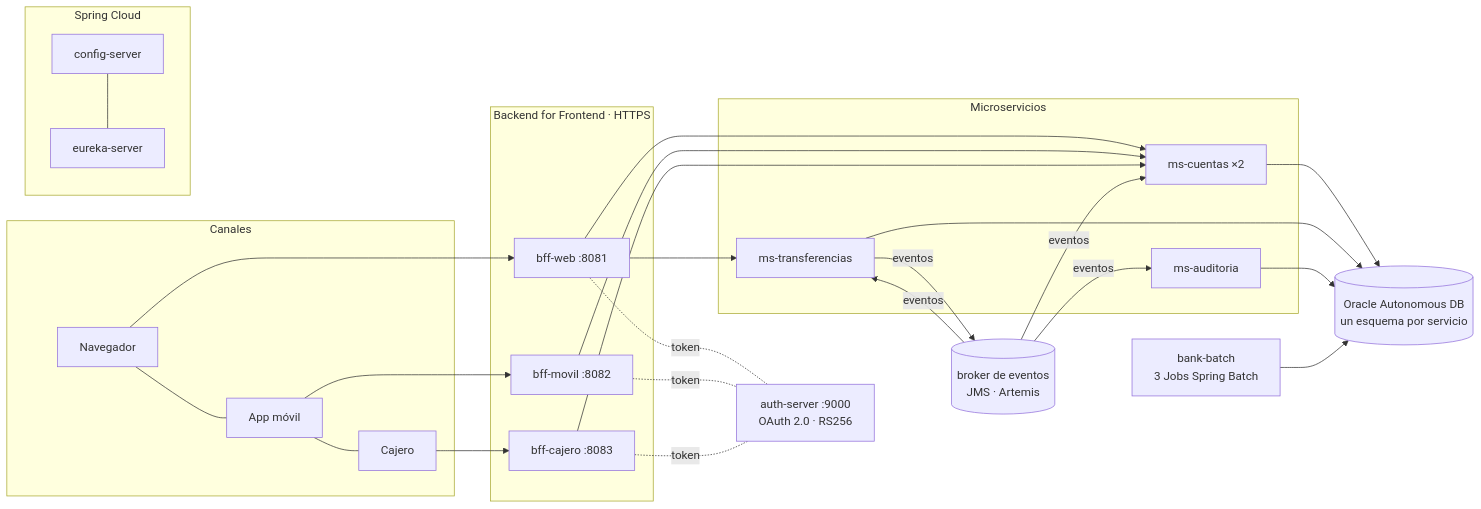
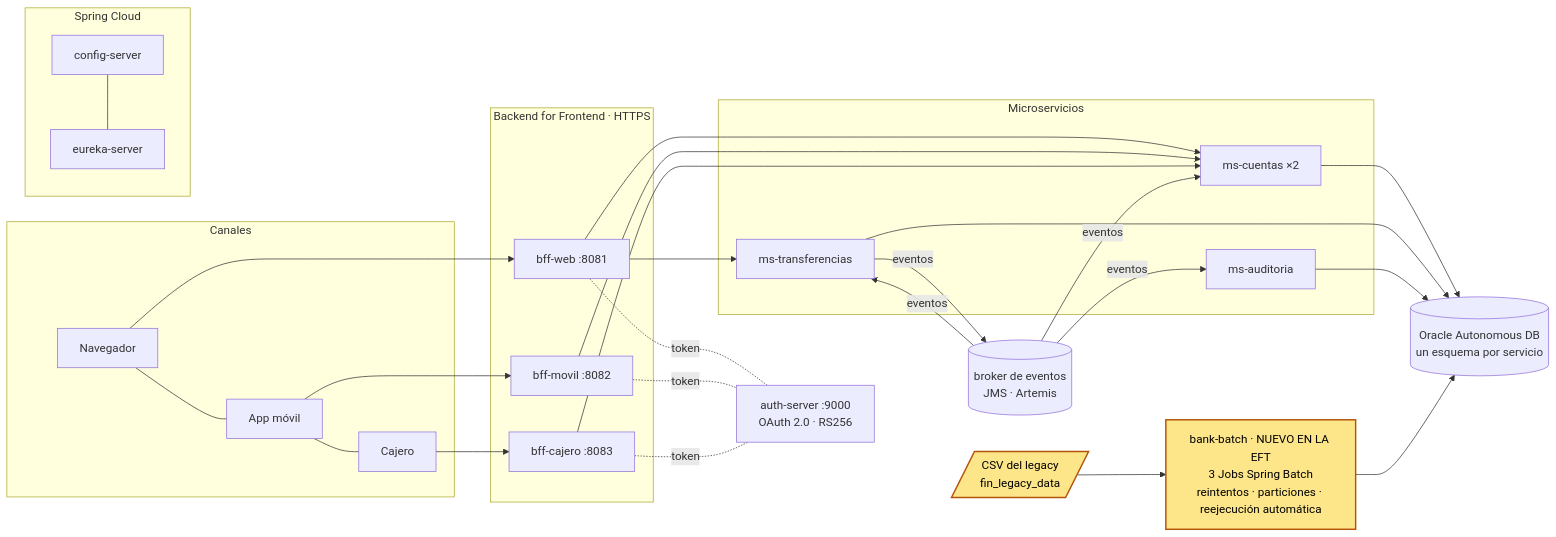
The diagram in readme.md (FcoXavierParra/PBY2203_S9_EFT_FPARRA), drawn with Mermaid before and after one commit. The commit also changed other lines of this file, not shown here.

Commit message:
readme: destacar en el diagrama lo que agrega la Evaluacion Final

````diff
--- a/readme.md
+++ b/readme.md
@@ -31,34 +31,38 @@
 ```mermaid
 flowchart LR
     subgraph CANALES["Canales"]
         W[Navegador] --- M[App móvil] --- C[Cajero]
     end
     subgraph BFF["Backend for Frontend · HTTPS"]
         BW[bff-web :8081]
         BM[bff-movil :8082]
         BC[bff-cajero :8083]
     end
     AUTH[auth-server :9000<br/>OAuth 2.0 · RS256]
     subgraph MS["Microservicios"]
         MC[ms-cuentas ×2]
         MT[ms-transferencias]
         MA[ms-auditoria]
     end
     BRK[(broker de eventos<br/>JMS · Artemis)]
     subgraph INFRA["Spring Cloud"]
         CFG[config-server] --- EUR[eureka-server]
     end
-    BATCH[bank-batch<br/>3 Jobs Spring Batch]
+    BATCH["bank-batch · NUEVO EN LA EFT<br/>3 Jobs Spring Batch<br/>reintentos · particiones · reejecución automática"]
+    LEGACY[/"CSV del legacy<br/>fin_legacy_data"/]
     DB[(Oracle Autonomous DB<br/>un esquema por servicio)]
     W --> BW
     M --> BM
     C --> BC
     BW & BM & BC -. token .- AUTH
     BW --> MC & MT
     BM --> MC
     BC --> MC
     MT -- eventos --> BRK
     BRK -- eventos --> MC & MA & MT
     MC & MT & MA --> DB
+    LEGACY --> BATCH
     BATCH --> DB
+    classDef nuevo fill:#fde68a,stroke:#b45309,stroke-width:2px,color:#000
+    class BATCH,LEGACY nuevo
 ```
````
